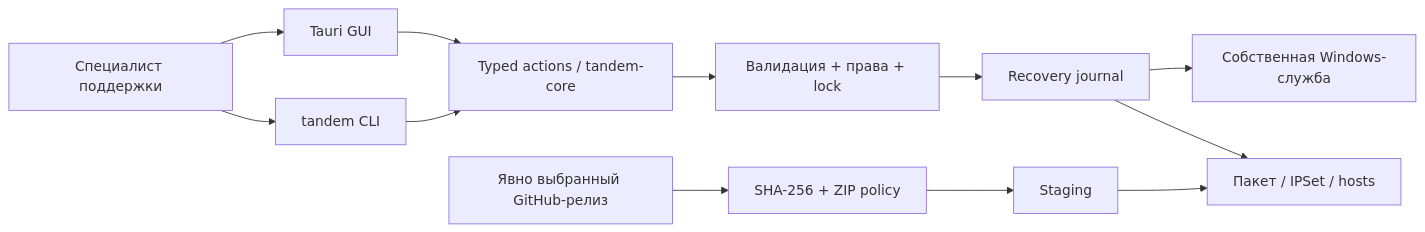
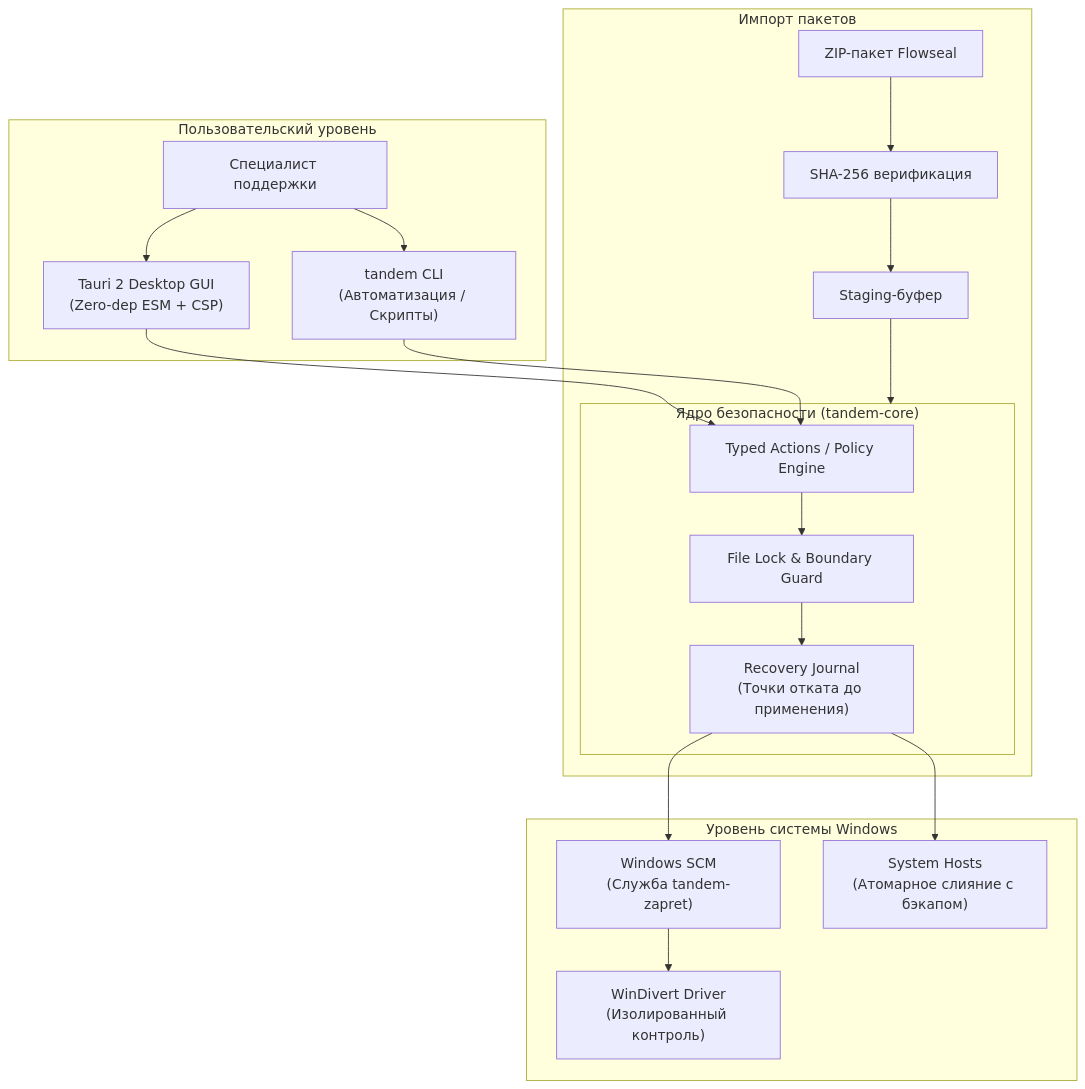
Before and after one commit to etern1ty-crypto/tandem-vpn: the diagram in README.md, drawn with Mermaid. The commit also changed other lines of this file and 3 other files, not shown here.

Commit message:
docs: enrich README with UI screenshots, live CLI examples, and architecture flowchart

````diff
--- a/README.md
+++ b/README.md
@@ -28,14 +50,36 @@
 ```mermaid
-flowchart LR
-    User[Специалист поддержки] --> GUI[Tauri GUI]
-    User --> CLI[tandem CLI]
-    GUI --> Core[Typed actions / tandem-core]
-    CLI --> Core
-    Core --> Policy[Валидация + права + lock]
-    Policy --> Journal[Recovery journal]
-    Journal --> SCM[Собственная Windows-служба]
-    Journal --> Files[Пакет / IPSet / hosts]
-    GitHub[Явно выбранный GitHub-релиз] --> Hash[SHA-256 + ZIP policy]
-    Hash --> Staging[Staging]
-    Staging --> Files
+flowchart TD
+    subgraph UI ["Пользовательский уровень"]
+        User["Специалист поддержки"]
+        GUI["Tauri 2 Desktop GUI<br/>(Zero-dep ESM + CSP)"]
+        CLI["tandem CLI<br/>(Автоматизация / Скрипты)"]
+        User --> GUI
+        User --> CLI
+    end
+
+    subgraph CoreEngine ["Ядро безопасности (tandem-core)"]
+        Core["Typed Actions / Policy Engine"]
+        Lock["File Lock & Boundary Guard"]
+        Journal["Recovery Journal<br/>(Точки отката до применения)"]
+        GUI --> Core
+        CLI --> Core
+        Core --> Lock
+        Lock --> Journal
+    end
+
+    subgraph OS ["Уровень системы Windows"]
+        SCM["Windows SCM<br/>(Служба tandem-zapret)"]
+        Driver["WinDivert Driver<br/>(Изолированный контроль)"]
+        Hosts["System Hosts<br/>(Атомарное слияние с бэкапом)"]
+        Journal --> SCM
+        SCM --> Driver
+        Journal --> Hosts
+    end
+
+    subgraph BundleEngine ["Импорт пакетов"]
+        Zip["ZIP-пакет Flowseal"]
+        Hash["SHA-256 верификация"]
+        Staging["Staging-буфер"]
+        Zip --> Hash --> Staging --> CoreEngine
+    end
 ```
````
